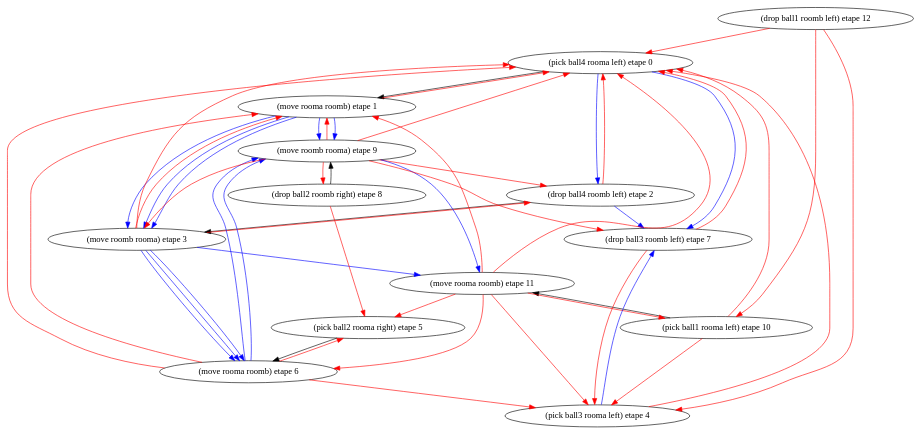
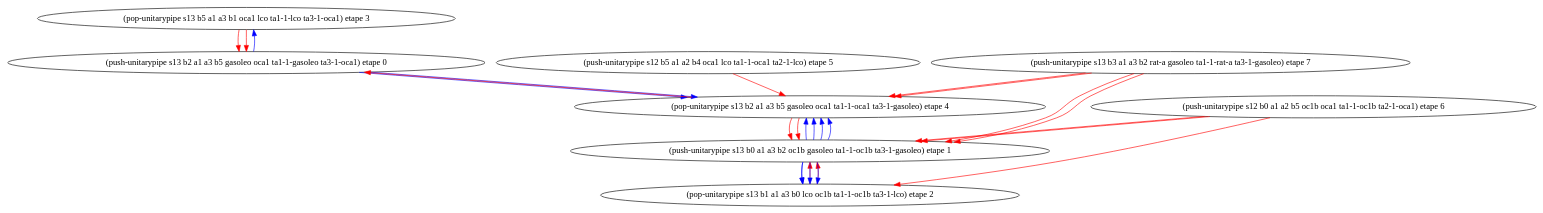
One commit to plaans/aries changed the diagram in graphiquemenace2.dot. Above: the diagram before and after it, drawn with Graphviz. The commit also changed 9 other files, not shown here.

```diff
--- a/graphiquemenace2.dot
+++ b/graphiquemenace2.dot
@@ -1,100 +1,55 @@
 digraph D { 
-"(pick ball4 rooma left) etape 0" -> "(move rooma roomb) etape 1";
-"(drop ball4 roomb left) etape 2" -> "(move roomb rooma) etape 3";
-"(pick ball2 rooma right) etape 5" -> "(move rooma roomb) etape 6";
-"(drop ball2 roomb right) etape 8" -> "(move roomb rooma) etape 9";
-"(pick ball1 rooma left) etape 10" -> "(move rooma roomb) etape 11";
 edge [color=red];
-"(move rooma roomb) etape 1" -> "(pick ball4 rooma left) etape 0";
+"(pop-unitarypipe s13 b5 a1 a3 b1 oca1 lco ta1-1-lco ta3-1-oca1) etape 3" -> "(push-unitarypipe s13 b2 a1 a3 b5 gasoleo oca1 ta1-1-gasoleo ta3-1-oca1) etape 0";
 edge [color=red];
-"(drop ball4 roomb left) etape 2" -> "(pick ball4 rooma left) etape 0";
+"(pop-unitarypipe s13 b5 a1 a3 b1 oca1 lco ta1-1-lco ta3-1-oca1) etape 3" -> "(push-unitarypipe s13 b2 a1 a3 b5 gasoleo oca1 ta1-1-gasoleo ta3-1-oca1) etape 0";
 edge [color=red];
-"(move roomb rooma) etape 3" -> "(pick ball4 rooma left) etape 0";
+"(pop-unitarypipe s13 b2 a1 a3 b5 gasoleo oca1 ta1-1-oca1 ta3-1-gasoleo) etape 4" -> "(push-unitarypipe s13 b2 a1 a3 b5 gasoleo oca1 ta1-1-gasoleo ta3-1-oca1) etape 0";
 edge [color=red];
-"(pick ball3 rooma left) etape 4" -> "(pick ball4 rooma left) etape 0";
+"(pop-unitarypipe s13 b1 a1 a3 b0 lco oc1b ta1-1-oc1b ta3-1-lco) etape 2" -> "(push-unitarypipe s13 b0 a1 a3 b2 oc1b gasoleo ta1-1-oc1b ta3-1-gasoleo) etape 1";
 edge [color=red];
-"(move rooma roomb) etape 6" -> "(pick ball4 rooma left) etape 0";
+"(pop-unitarypipe s13 b1 a1 a3 b0 lco oc1b ta1-1-oc1b ta3-1-lco) etape 2" -> "(push-unitarypipe s13 b0 a1 a3 b2 oc1b gasoleo ta1-1-oc1b ta3-1-gasoleo) etape 1";
 edge [color=red];
-"(drop ball3 roomb left) etape 7" -> "(pick ball4 rooma left) etape 0";
+"(pop-unitarypipe s13 b2 a1 a3 b5 gasoleo oca1 ta1-1-oca1 ta3-1-gasoleo) etape 4" -> "(push-unitarypipe s13 b0 a1 a3 b2 oc1b gasoleo ta1-1-oc1b ta3-1-gasoleo) etape 1";
 edge [color=red];
-"(move roomb rooma) etape 9" -> "(pick ball4 rooma left) etape 0";
+"(pop-unitarypipe s13 b2 a1 a3 b5 gasoleo oca1 ta1-1-oca1 ta3-1-gasoleo) etape 4" -> "(push-unitarypipe s13 b0 a1 a3 b2 oc1b gasoleo ta1-1-oc1b ta3-1-gasoleo) etape 1";
 edge [color=red];
-"(pick ball1 rooma left) etape 10" -> "(pick ball4 rooma left) etape 0";
+"(push-unitarypipe s12 b0 a1 a2 b5 oc1b oca1 ta1-1-oc1b ta2-1-oca1) etape 6" -> "(push-unitarypipe s13 b0 a1 a3 b2 oc1b gasoleo ta1-1-oc1b ta3-1-gasoleo) etape 1";
 edge [color=red];
-"(move rooma roomb) etape 11" -> "(pick ball4 rooma left) etape 0";
+"(push-unitarypipe s12 b0 a1 a2 b5 oc1b oca1 ta1-1-oc1b ta2-1-oca1) etape 6" -> "(push-unitarypipe s13 b0 a1 a3 b2 oc1b gasoleo ta1-1-oc1b ta3-1-gasoleo) etape 1";
 edge [color=red];
-"(drop ball1 roomb left) etape 12" -> "(pick ball4 rooma left) etape 0";
+"(push-unitarypipe s13 b3 a1 a3 b2 rat-a gasoleo ta1-1-rat-a ta3-1-gasoleo) etape 7" -> "(push-unitarypipe s13 b0 a1 a3 b2 oc1b gasoleo ta1-1-oc1b ta3-1-gasoleo) etape 1";
 edge [color=red];
-"(move roomb rooma) etape 3" -> "(move rooma roomb) etape 1";
+"(push-unitarypipe s13 b3 a1 a3 b2 rat-a gasoleo ta1-1-rat-a ta3-1-gasoleo) etape 7" -> "(push-unitarypipe s13 b0 a1 a3 b2 oc1b gasoleo ta1-1-oc1b ta3-1-gasoleo) etape 1";
 edge [color=red];
-"(move rooma roomb) etape 6" -> "(move rooma roomb) etape 1";
+"(push-unitarypipe s12 b0 a1 a2 b5 oc1b oca1 ta1-1-oc1b ta2-1-oca1) etape 6" -> "(pop-unitarypipe s13 b1 a1 a3 b0 lco oc1b ta1-1-oc1b ta3-1-lco) etape 2";
+edge [color=blue];
+"(push-unitarypipe s13 b2 a1 a3 b5 gasoleo oca1 ta1-1-gasoleo ta3-1-oca1) etape 0" -> "(pop-unitarypipe s13 b5 a1 a3 b1 oca1 lco ta1-1-lco ta3-1-oca1) etape 3";
 edge [color=red];
-"(move roomb rooma) etape 9" -> "(move rooma roomb) etape 1";
+"(push-unitarypipe s12 b5 a1 a2 b4 oca1 lco ta1-1-oca1 ta2-1-lco) etape 5" -> "(pop-unitarypipe s13 b2 a1 a3 b5 gasoleo oca1 ta1-1-oca1 ta3-1-gasoleo) etape 4";
 edge [color=red];
-"(move rooma roomb) etape 11" -> "(move rooma roomb) etape 1";
+"(push-unitarypipe s13 b3 a1 a3 b2 rat-a gasoleo ta1-1-rat-a ta3-1-gasoleo) etape 7" -> "(pop-unitarypipe s13 b2 a1 a3 b5 gasoleo oca1 ta1-1-oca1 ta3-1-gasoleo) etape 4";
 edge [color=red];
-"(move roomb rooma) etape 3" -> "(drop ball4 roomb left) etape 2";
-edge [color=red];
-"(move roomb rooma) etape 9" -> "(drop ball4 roomb left) etape 2";
-edge [color=red];
-"(move roomb rooma) etape 9" -> "(move roomb rooma) etape 3";
+"(push-unitarypipe s13 b3 a1 a3 b2 rat-a gasoleo ta1-1-rat-a ta3-1-gasoleo) etape 7" -> "(pop-unitarypipe s13 b2 a1 a3 b5 gasoleo oca1 ta1-1-oca1 ta3-1-gasoleo) etape 4";
 edge [color=blue];
-"(pick ball4 rooma left) etape 0" -> "(drop ball4 roomb left) etape 2";
+"(push-unitarypipe s13 b0 a1 a3 b2 oc1b gasoleo ta1-1-oc1b ta3-1-gasoleo) etape 1" -> "(pop-unitarypipe s13 b1 a1 a3 b0 lco oc1b ta1-1-oc1b ta3-1-lco) etape 2";
 edge [color=blue];
-"(move rooma roomb) etape 1" -> "(move roomb rooma) etape 3";
-edge [color=red];
-"(move rooma roomb) etape 6" -> "(pick ball3 rooma left) etape 4";
-edge [color=red];
-"(drop ball3 roomb left) etape 7" -> "(pick ball3 rooma left) etape 4";
-edge [color=red];
-"(pick ball1 rooma left) etape 10" -> "(pick ball3 rooma left) etape 4";
-edge [color=red];
-"(move rooma roomb) etape 11" -> "(pick ball3 rooma left) etape 4";
-edge [color=red];
-"(drop ball1 roomb left) etape 12" -> "(pick ball3 rooma left) etape 4";
+"(push-unitarypipe s13 b0 a1 a3 b2 oc1b gasoleo ta1-1-oc1b ta3-1-gasoleo) etape 1" -> "(pop-unitarypipe s13 b1 a1 a3 b0 lco oc1b ta1-1-oc1b ta3-1-lco) etape 2";
 edge [color=blue];
-"(move rooma roomb) etape 1" -> "(move roomb rooma) etape 3";
-edge [color=red];
-"(move rooma roomb) etape 6" -> "(pick ball2 rooma right) etape 5";
-edge [color=red];
-"(drop ball2 roomb right) etape 8" -> "(pick ball2 rooma right) etape 5";
-edge [color=red];
-"(move rooma roomb) etape 11" -> "(pick ball2 rooma right) etape 5";
+"(push-unitarypipe s13 b0 a1 a3 b2 oc1b gasoleo ta1-1-oc1b ta3-1-gasoleo) etape 1" -> "(pop-unitarypipe s13 b1 a1 a3 b0 lco oc1b ta1-1-oc1b ta3-1-lco) etape 2";
 edge [color=blue];
-"(move rooma roomb) etape 1" -> "(move roomb rooma) etape 3";
-edge [color=red];
-"(move rooma roomb) etape 11" -> "(move rooma roomb) etape 6";
+"(push-unitarypipe s13 b0 a1 a3 b2 oc1b gasoleo ta1-1-oc1b ta3-1-gasoleo) etape 1" -> "(pop-unitarypipe s13 b1 a1 a3 b0 lco oc1b ta1-1-oc1b ta3-1-lco) etape 2";
 edge [color=blue];
-"(move roomb rooma) etape 3" -> "(move rooma roomb) etape 6";
-edge [color=red];
-"(move roomb rooma) etape 9" -> "(drop ball3 roomb left) etape 7";
+"(push-unitarypipe s13 b2 a1 a3 b5 gasoleo oca1 ta1-1-gasoleo ta3-1-oca1) etape 0" -> "(pop-unitarypipe s13 b2 a1 a3 b5 gasoleo oca1 ta1-1-oca1 ta3-1-gasoleo) etape 4";
 edge [color=blue];
-"(move roomb rooma) etape 3" -> "(move rooma roomb) etape 6";
-edge [color=red];
-"(move roomb rooma) etape 9" -> "(drop ball2 roomb right) etape 8";
+"(push-unitarypipe s13 b2 a1 a3 b5 gasoleo oca1 ta1-1-gasoleo ta3-1-oca1) etape 0" -> "(pop-unitarypipe s13 b2 a1 a3 b5 gasoleo oca1 ta1-1-oca1 ta3-1-gasoleo) etape 4";
 edge [color=blue];
-"(move roomb rooma) etape 3" -> "(move rooma roomb) etape 6";
+"(push-unitarypipe s13 b0 a1 a3 b2 oc1b gasoleo ta1-1-oc1b ta3-1-gasoleo) etape 1" -> "(pop-unitarypipe s13 b2 a1 a3 b5 gasoleo oca1 ta1-1-oca1 ta3-1-gasoleo) etape 4";
 edge [color=blue];
-"(pick ball4 rooma left) etape 0" -> "(drop ball3 roomb left) etape 7";
+"(push-unitarypipe s13 b0 a1 a3 b2 oc1b gasoleo ta1-1-oc1b ta3-1-gasoleo) etape 1" -> "(pop-unitarypipe s13 b2 a1 a3 b5 gasoleo oca1 ta1-1-oca1 ta3-1-gasoleo) etape 4";
 edge [color=blue];
-"(move rooma roomb) etape 1" -> "(move roomb rooma) etape 9";
+"(push-unitarypipe s13 b0 a1 a3 b2 oc1b gasoleo ta1-1-oc1b ta3-1-gasoleo) etape 1" -> "(pop-unitarypipe s13 b2 a1 a3 b5 gasoleo oca1 ta1-1-oca1 ta3-1-gasoleo) etape 4";
 edge [color=blue];
-"(drop ball4 roomb left) etape 2" -> "(drop ball3 roomb left) etape 7";
-edge [color=blue];
-"(pick ball3 rooma left) etape 4" -> "(drop ball3 roomb left) etape 7";
-edge [color=blue];
-"(move rooma roomb) etape 6" -> "(move roomb rooma) etape 9";
-edge [color=red];
-"(move rooma roomb) etape 11" -> "(pick ball1 rooma left) etape 10";
-edge [color=red];
-"(drop ball1 roomb left) etape 12" -> "(pick ball1 rooma left) etape 10";
-edge [color=blue];
-"(move rooma roomb) etape 1" -> "(move roomb rooma) etape 9";
-edge [color=blue];
-"(move rooma roomb) etape 6" -> "(move roomb rooma) etape 9";
-edge [color=blue];
-"(move roomb rooma) etape 3" -> "(move rooma roomb) etape 11";
-edge [color=blue];
-"(move roomb rooma) etape 9" -> "(move rooma roomb) etape 11";
+"(push-unitarypipe s13 b0 a1 a3 b2 oc1b gasoleo ta1-1-oc1b ta3-1-gasoleo) etape 1" -> "(pop-unitarypipe s13 b2 a1 a3 b5 gasoleo oca1 ta1-1-oca1 ta3-1-gasoleo) etape 4";
 edge [color=red];
 } 
```
